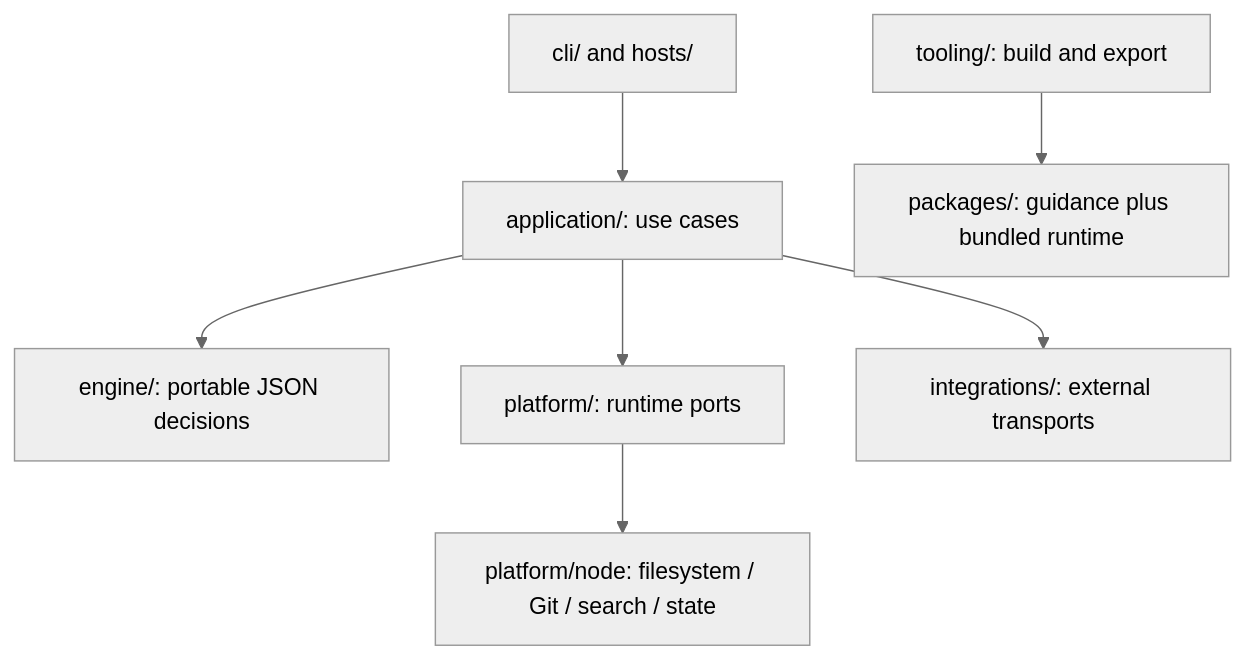
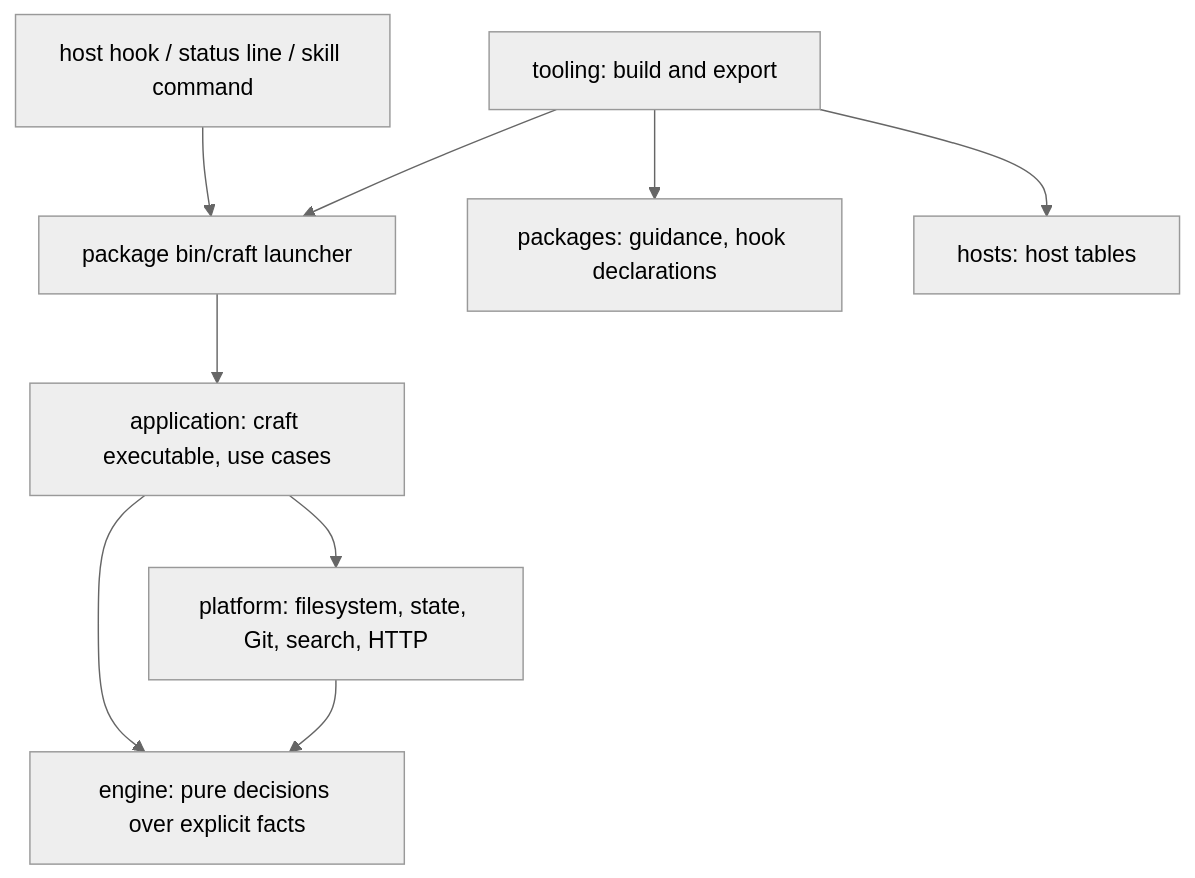
The diagram in docs/ARCHITECTURE.md (Aliaksie/engineering-pack), drawn with Mermaid (neutral theme) before and after one commit. The commit also changed other lines of this file and 449 other files, not shown here.

Commit message:
refactor: migrate craft runtime ownership from JavaScript to Rust (#9)

````diff
--- a/docs/ARCHITECTURE.md
+++ b/docs/ARCHITECTURE.md
@@ -7,9 +7,11 @@
 ```mermaid
 flowchart TD
-  CLI[cli/ and hosts/] --> APP[application/: use cases]
-  APP --> ENGINE[engine/: portable JSON decisions]
-  APP --> PORTS[platform/: runtime ports]
-  PORTS --> NODE[platform/node: filesystem / Git / search / state]
-  APP --> EXT[integrations/: external transports]
-  BUILD[tooling/: build and export] --> CONTENT[packages/: guidance plus bundled runtime]
+  HOST[host hook / status line / skill command] --> LAUNCH[package bin/craft launcher]
+  LAUNCH --> APP[application: craft executable, use cases]
+  APP --> ENGINE[engine: pure decisions over explicit facts]
+  APP --> PLATFORM[platform: filesystem, state, Git, search, HTTP]
+  PLATFORM --> ENGINE
+  BUILD[tooling: build and export] --> CONTENT[packages: guidance, hook declarations]
+  BUILD --> TABLES[hosts: host tables]
+  BUILD --> LAUNCH
 ```
````
